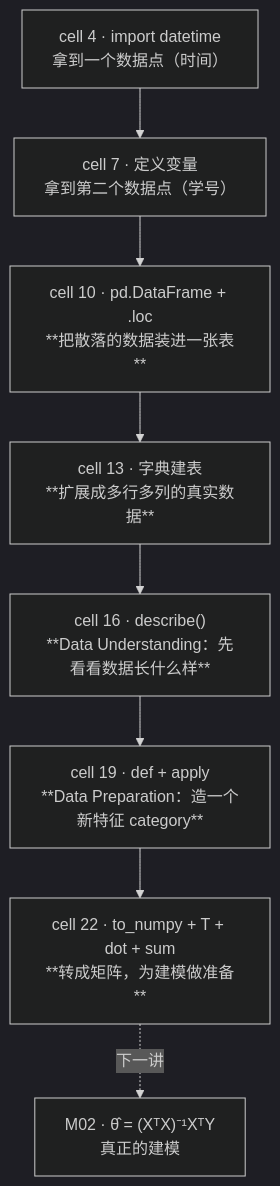
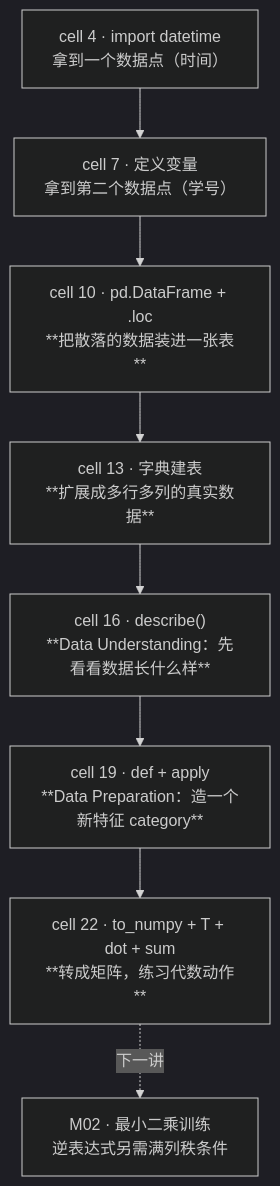
One commit to CercaTrovato/cityu-ai-course-notes changed the ninth of 10 diagrams in IS6400_Business_Data_Analytics/notes/T01-Jupyter入门与Pandas基础.md. Above: the diagram before and after it, drawn with Mermaid (dark theme). The commit also changed other lines of this file and 116 other files, not shown here.

````diff
--- a/IS6400_Business_Data_Analytics/notes/T01-Jupyter入门与Pandas基础.md
+++ b/IS6400_Business_Data_Analytics/notes/T01-Jupyter入门与Pandas基础.md
@@ -626,10 +848,10 @@
 ```mermaid
 flowchart TD
     A["cell 4 · import datetime<br/>拿到一个数据点（时间）"] --> B["cell 7 · 定义变量<br/>拿到第二个数据点（学号）"]
     B --> C["cell 10 · pd.DataFrame + .loc<br/>**把散落的数据装进一张表**"]
     C --> D["cell 13 · 字典建表<br/>**扩展成多行多列的真实数据**"]
     D --> E["cell 16 · describe()<br/>**Data Understanding：先看看数据长什么样**"]
     E --> F["cell 19 · def + apply<br/>**Data Preparation：造一个新特征 category**"]
-    F --> G["cell 22 · to_numpy + T + dot + sum<br/>**转成矩阵，为建模做准备**"]
-    G -.->|"下一讲"| H["M02 · θ̂ = (XᵀX)⁻¹XᵀY<br/>真正的建模"]
+    F --> G["cell 22 · to_numpy + T + dot + sum<br/>**转成矩阵，练习代数动作**"]
+    G -.->|"下一讲"| H["M02 · 最小二乘训练<br/>逆表达式另需满列秩条件"]
 ```
````
